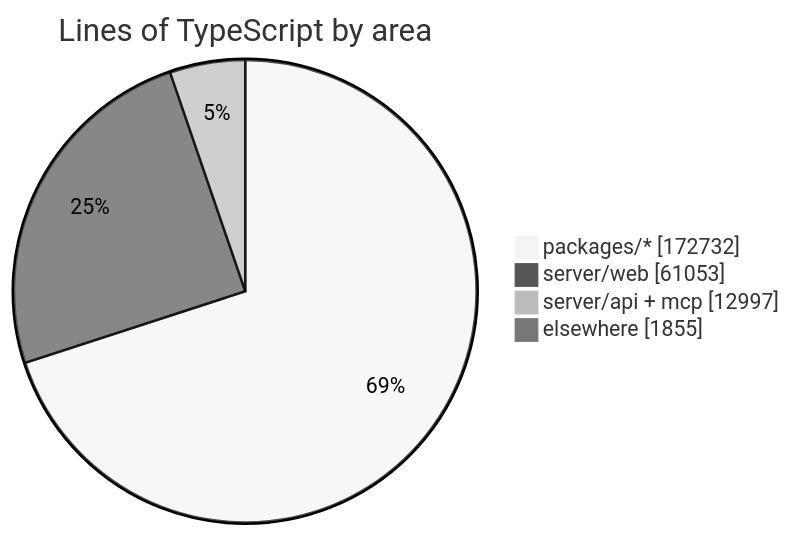
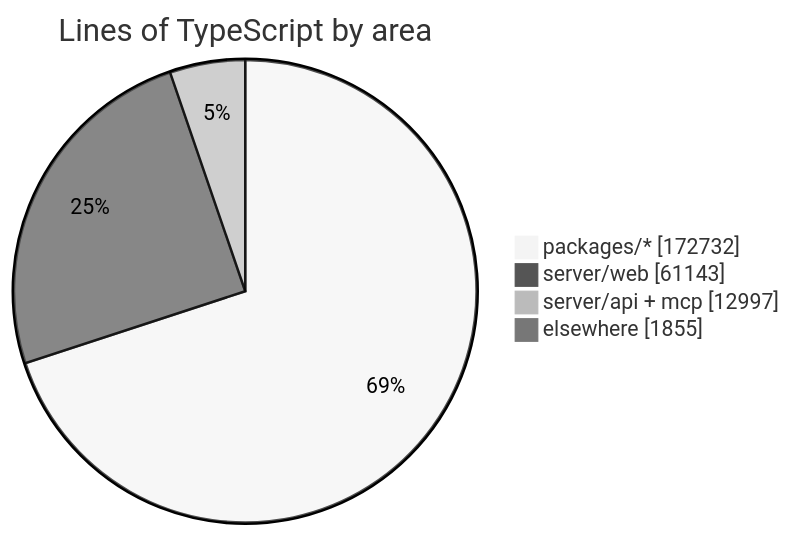
Before and after one commit to crossworks-engineering/mantle: the diagram in README.md, drawn with Mermaid (neutral theme). The commit also changed other lines of this file and 2 other files, not shown here.

````diff
--- a/README.md
+++ b/README.md
@@ -279,7 +279,7 @@
 ```mermaid
 pie showData title Lines of TypeScript by area
     "packages/*" : 172732
-    "server/web" : 61053
+    "server/web" : 61143
     "server/api + mcp" : 12997
     "elsewhere" : 1855
 ```
````
